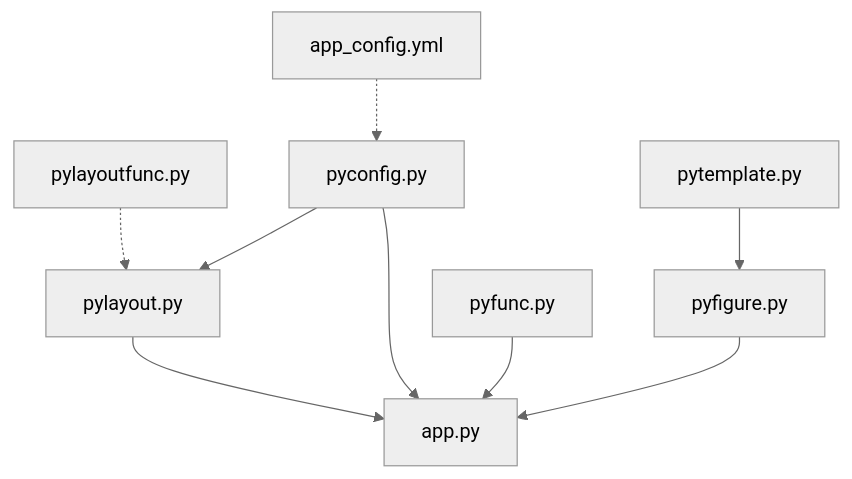
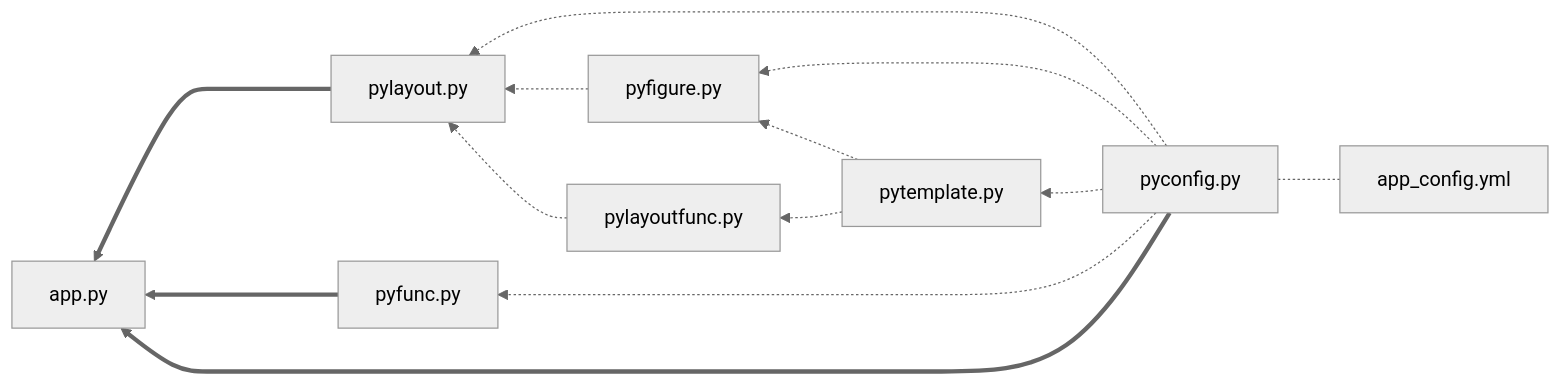
Before and after one commit to fiakoengineering/manual: the first of 3 diagrams in webapps/webapps-rainfall.qmd, drawn with Mermaid (neutral theme). The commit also changed other lines of this file, not shown here.

````diff
--- a/webapps/webapps-rainfall.qmd
+++ b/webapps/webapps-rainfall.qmd
@@ -187,17 +205,32 @@
 ```{mermaid}
-flowchart TD
+%%| label: fig-structure-apps
+%%| fig-cap: Gambaran struktur aplikasi[^str-apps]
+%%{ init: { 'flowchart': { 'curve': 'bump' } } }%%
+flowchart RL
     pylayout[pylayout.py]
     pylayoutfunc[pylayoutfunc.py]
     pyfigure[pyfigure.py]
     pytemplate[pytemplate.py]
     pyfunc[pyfunc.py]
     pyconfig[pyconfig.py]
     appconfig[app_config.yml]
     app[app.py]
 
-    pylayoutfunc -.-> pylayout --> app
-    appconfig -.-> pyconfig --> app
-    pyconfig --> pylayout
-    pyfunc --> app
-    pytemplate --> pyfigure --> app
+    appconfig -.- pyconfig
+
+    pyconfig -.-> pylayout
+    pyconfig -.-> pyfigure
+    pyconfig -.-> pytemplate
+    pyconfig -.-> pyfunc
+    
+    pytemplate -.-> pyfigure
+    pytemplate -.-> pylayoutfunc
+    
+    
+    pylayoutfunc -.-> pylayout
+    pyfigure -.-> pylayout
+    
+    pyconfig ====> app
+    pylayout ====> app
+    pyfunc ====> app
 ```
````
